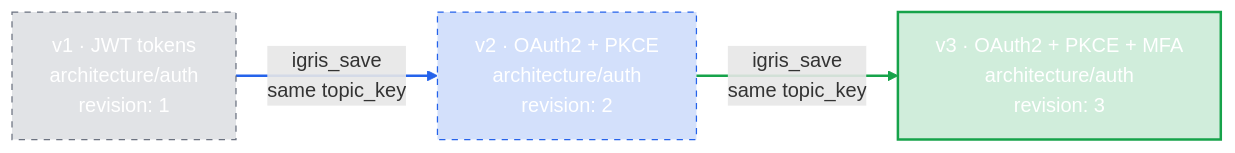
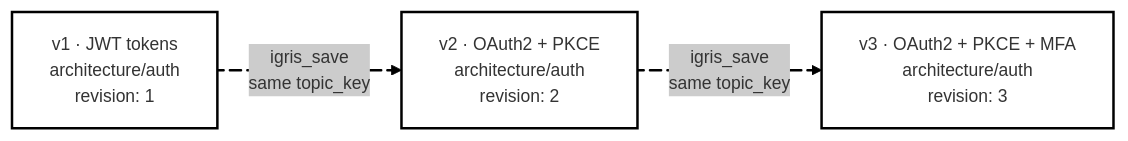
One commit to getigris/igris-memory changed the fourth of 6 diagrams in README.md. Above: the diagram before and after it, drawn with Mermaid. The commit also changed other lines of this file, not shown here.

First line of the commit message:
Enhance README.md with improved mermaid diagrams and configurations

````diff
--- a/README.md
+++ b/README.md
@@ -200,12 +202,13 @@
 ```mermaid
+---
+config:
+  theme: neo
+  look: hand-drawn
+---
 graph LR
-    V1["v1 · JWT tokens\narchitecture/auth\nrevision: 1"] -->|"igris_save\nsame topic_key"| V2["v2 · OAuth2 + PKCE\narchitecture/auth\nrevision: 2"]
-    V2 -->|"igris_save\nsame topic_key"| V3["v3 · OAuth2 + PKCE + MFA\narchitecture/auth\nrevision: 3"]
+    V1["v1 · JWT tokens\narchitecture/auth\nrevision: 1"] L_t1@-->|"igris_save\nsame topic_key"| V2["v2 · OAuth2 + PKCE\narchitecture/auth\nrevision: 2"]
+    V2 L_t2@-->|"igris_save\nsame topic_key"| V3["v3 · OAuth2 + PKCE + MFA\narchitecture/auth\nrevision: 3"]
 
-    style V1 fill:#6b728033,stroke:#6b7280,color:#fff,stroke-width:1px,stroke-dasharray:5
-    style V2 fill:#2563eb33,stroke:#2563eb,color:#fff,stroke-width:1px,stroke-dasharray:5
-    style V3 fill:#16a34a33,stroke:#16a34a,color:#fff,stroke-width:2px
-
-    linkStyle 0 stroke:#2563eb,stroke-width:2px
-    linkStyle 1 stroke:#16a34a,stroke-width:2px
+    L_t1@{ animation: fast }
+    L_t2@{ animation: fast }
 ```
````
